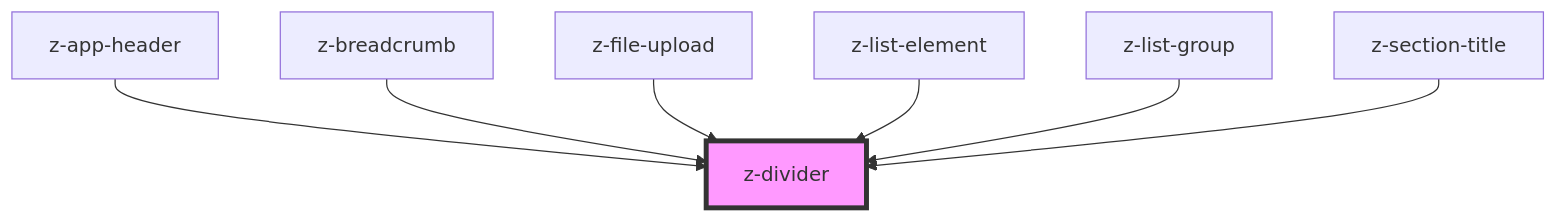
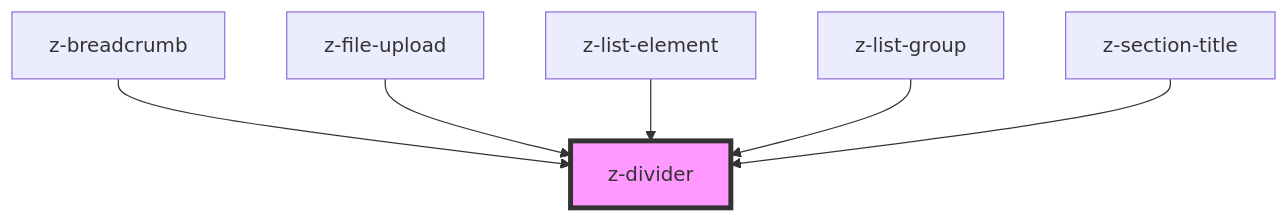
The diagram in src/components/z-divider/readme.md (ZanichelliEditore/design-system), drawn with Mermaid before and after one commit. The commit also changed other lines of this file and 2 other files, not shown here.

Commit message:
feat: added builded file

````diff
--- a/src/components/z-divider/readme.md
+++ b/src/components/z-divider/readme.md
@@ -27,10 +26,9 @@
 ```mermaid
 graph TD;
-  z-app-header --> z-divider
   z-breadcrumb --> z-divider
   z-file-upload --> z-divider
   z-list-element --> z-divider
   z-list-group --> z-divider
   z-section-title --> z-divider
   style z-divider fill:#f9f,stroke:#333,stroke-width:4px
 ```
````
